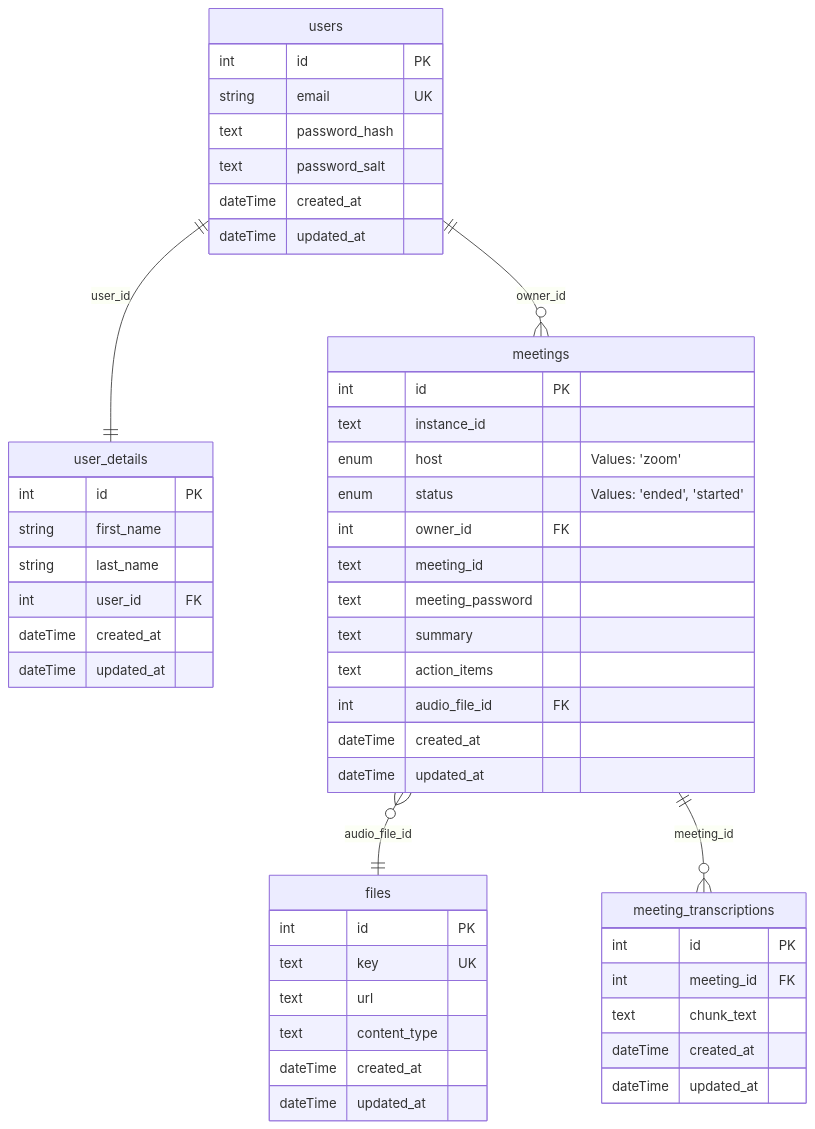
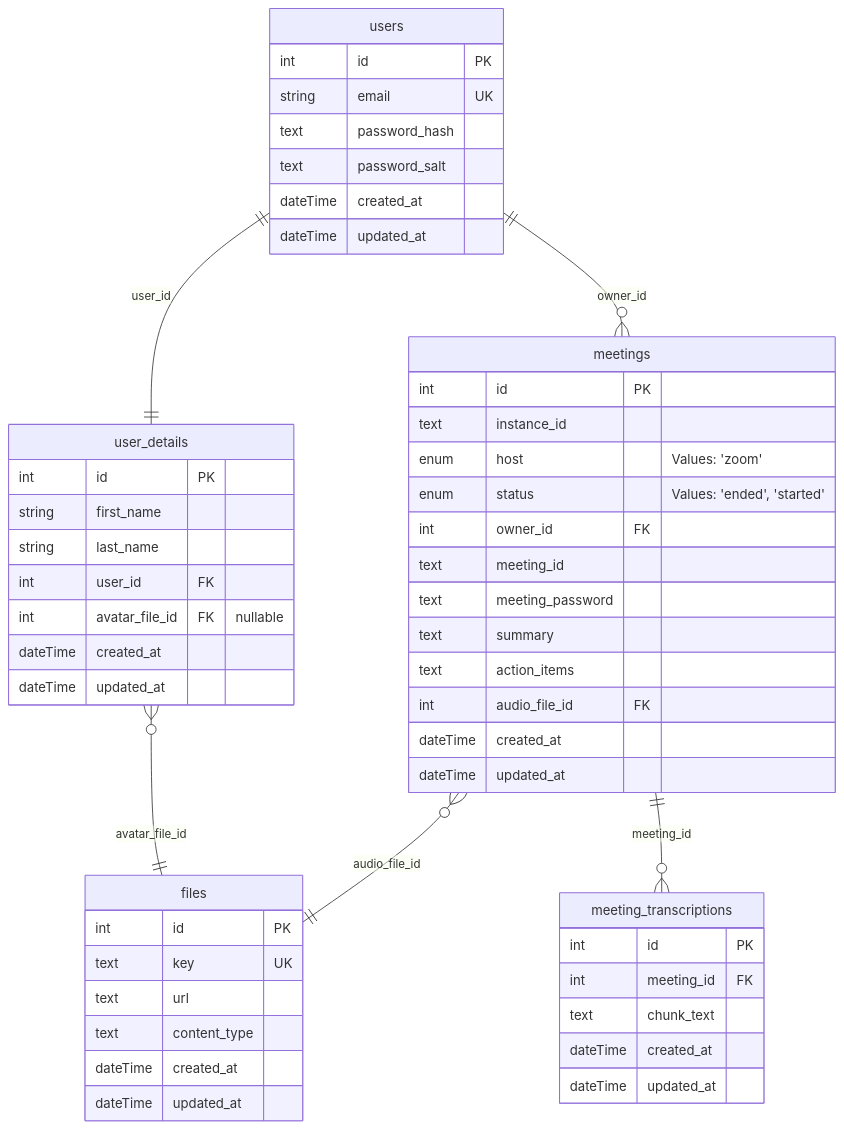
The diagram in readme.md (BinaryStudioAcademy/bsa-2025-meetlytic), drawn with Mermaid before and after one commit.

Commit message:
docs(backend): change db schema ml-65

````diff
--- a/readme.md
+++ b/readme.md
@@ -25,52 +25,54 @@
 ```mermaid
 erDiagram
    users {
       int id PK
       string email UK
       text password_hash
       text password_salt
       dateTime created_at
       dateTime updated_at
    }
    user_details {
       int id PK
       string first_name
       string last_name
       int user_id FK
+      int avatar_file_id FK "nullable"
       dateTime created_at
       dateTime updated_at
    }
    meetings {
       int id PK
       text instance_id
       enum host "Values: 'zoom'"
       enum status "Values: 'ended', 'started'"
       int owner_id FK
       text meeting_id
       text meeting_password
       text summary
       text action_items
       int audio_file_id FK
       dateTime created_at
       dateTime updated_at
    }
    files {
       int id PK
       text key UK
       text url
       text content_type
       dateTime created_at
       dateTime updated_at
    }
    meeting_transcriptions {
       int id PK
       int meeting_id FK
       text chunk_text
       dateTime created_at
       dateTime updated_at
    }
    users ||--|| user_details: user_id
    users ||--o{ meetings: owner_id
    meetings }o--|| files: audio_file_id
    meetings ||--o{ meeting_transcriptions: meeting_id
+   user_details }o--|| files : avatar_file_id
 ```
````
